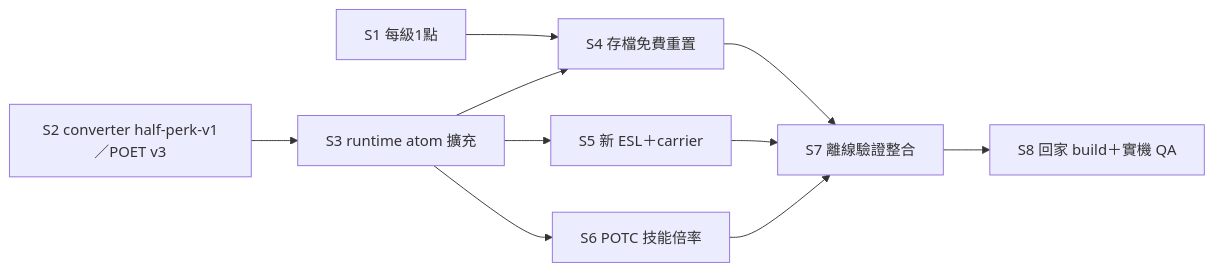
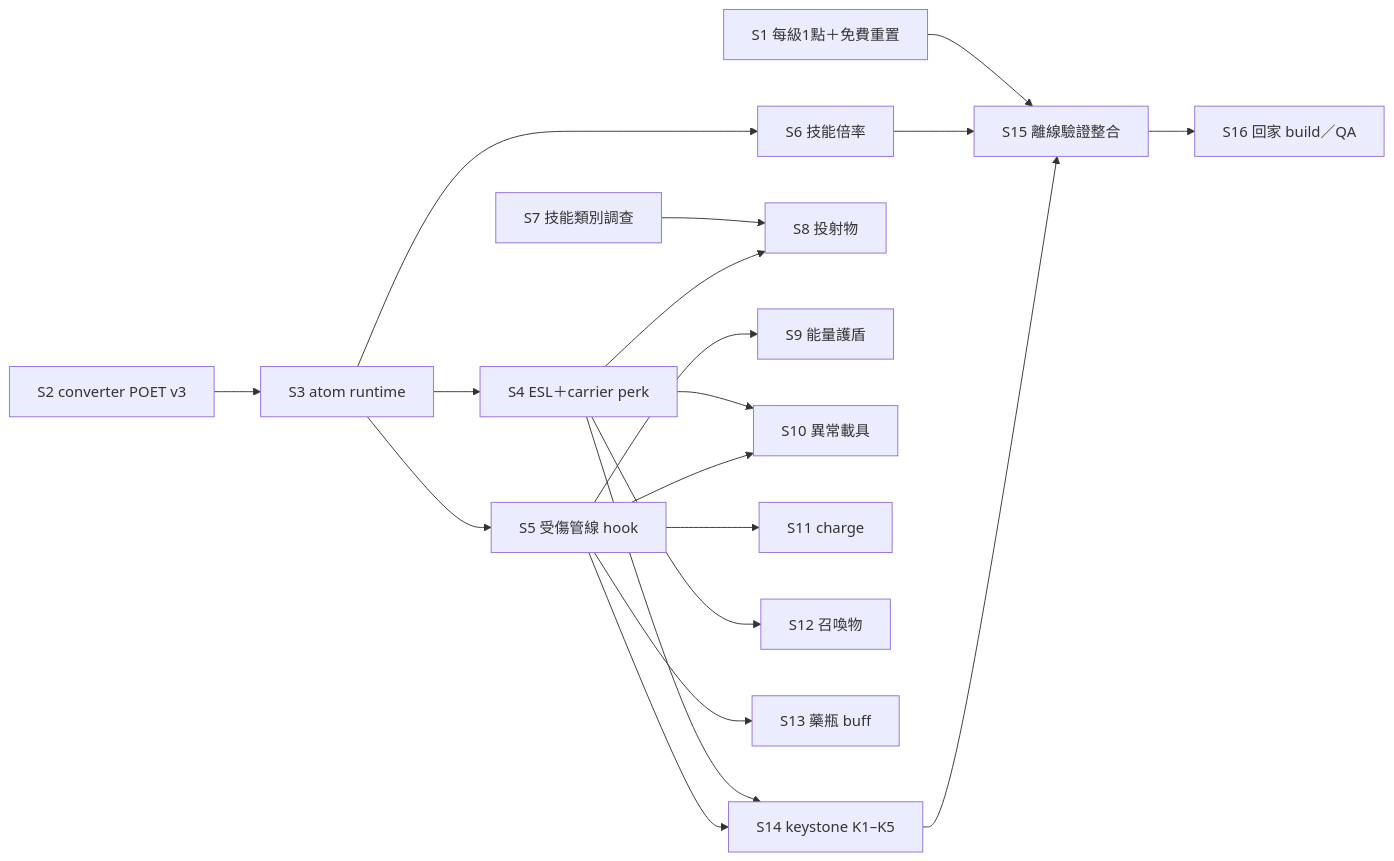
One commit to justty32/modding_skyrim changed the diagram in wf/workflows/plans/poe-skyrim-mapping/phases.md. Above: the diagram before and after it, drawn with Mermaid. The commit also changed other lines of this file and 25 other files, not shown here.

````diff
--- a/wf/workflows/plans/poe-skyrim-mapping/phases.md
+++ b/wf/workflows/plans/poe-skyrim-mapping/phases.md
@@ -7,12 +18,22 @@
 ```mermaid
 flowchart LR
-  S1[S1 每級1點] --> S4[S4 存檔免費重置]
-  S2[S2 converter half-perk-v1／POET v3] --> S3[S3 runtime atom 擴充]
-  S3 --> S4
-  S3 --> S5[S5 新 ESL＋carrier]
-  S3 --> S6[S6 POTC 技能倍率]
-  S4 --> S7[S7 離線驗證整合]
-  S5 --> S7
-  S6 --> S7
-  S7 --> S8[S8 回家 build＋實機 QA]
+  S1[S1 每級1點＋免費重置]
+  S2[S2 converter POET v3] --> S3[S3 atom runtime]
+  S3 --> S4[S4 ESL＋carrier perk]
+  S3 --> S5[S5 受傷管線 hook]
+  S3 --> S6[S6 技能倍率]
+  S7[S7 技能類別調查] --> S8[S8 投射物]
+  S4 --> S8
+  S5 --> S9[S9 能量護盾]
+  S4 --> S10[S10 異常載具]
+  S5 --> S10
+  S5 --> S11[S11 charge]
+  S4 --> S12[S12 召喚物]
+  S5 --> S13[S13 藥瓶 buff]
+  S4 --> S14[S14 keystone K1–K5]
+  S5 --> S14
+  S1 --> S15[S15 離線驗證整合]
+  S6 --> S15
+  S14 --> S15
+  S15 --> S16[S16 回家 build／QA]
 ```
````
